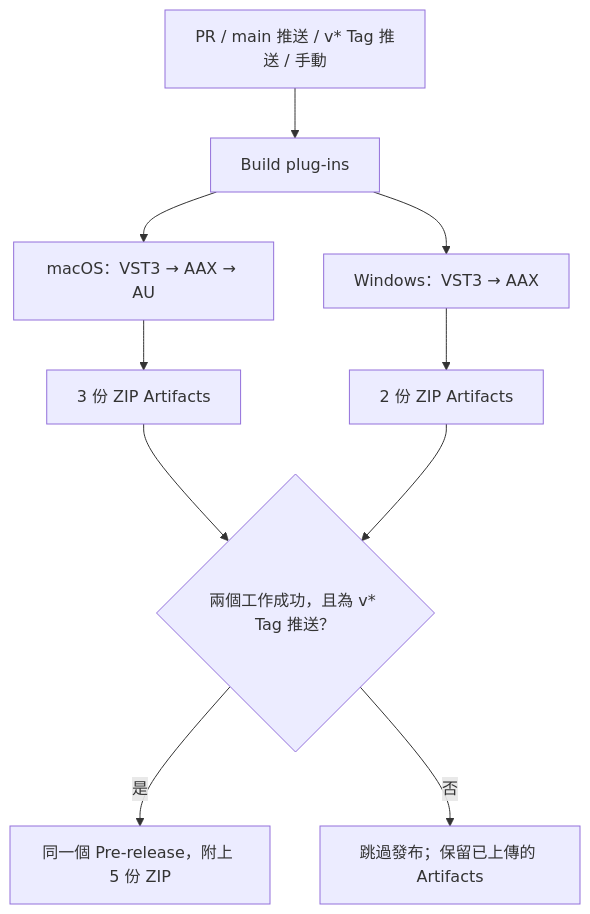
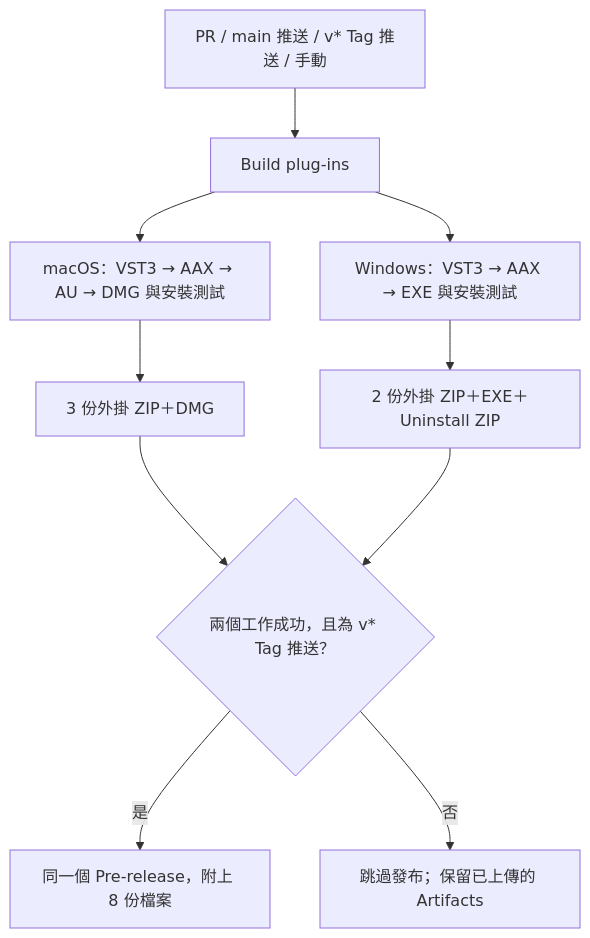
Before and after one commit to Hikari-Tsai/JS_Inflator: the diagram in README.zh-TW.md, drawn with Mermaid. The commit also changed other lines of this file and 16 other files, not shown here.

Commit message:
ci: package macOS and Windows installers with uninstall tools

````diff
--- a/README.zh-TW.md
+++ b/README.zh-TW.md
@@ -181,12 +200,12 @@
 ```mermaid
 flowchart TD
     event["PR / main 推送 / v* Tag 推送 / 手動"] --> entry["Build plug-ins"]
-    entry --> mac["macOS：VST3 → AAX → AU"]
-    entry --> win["Windows：VST3 → AAX"]
-    mac --> ma["3 份 ZIP Artifacts"]
-    win --> wa["2 份 ZIP Artifacts"]
+    entry --> mac["macOS：VST3 → AAX → AU → DMG 與安裝測試"]
+    entry --> win["Windows：VST3 → AAX → EXE 與安裝測試"]
+    mac --> ma["3 份外掛 ZIP＋DMG"]
+    win --> wa["2 份外掛 ZIP＋EXE＋Uninstall ZIP"]
     ma --> gate{"兩個工作成功，且為 v* Tag 推送？"}
     wa --> gate
-    gate -->|是| release["同一個 Pre-release，附上 5 份 ZIP"]
+    gate -->|是| release["同一個 Pre-release，附上 8 份檔案"]
     gate -->|否| stop["跳過發布；保留已上傳的 Artifacts"]
 ```
````
